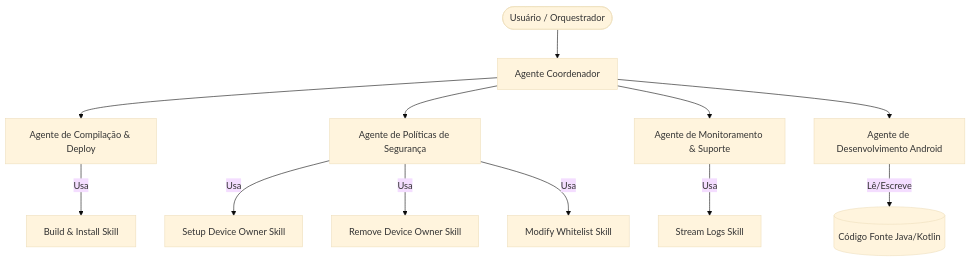
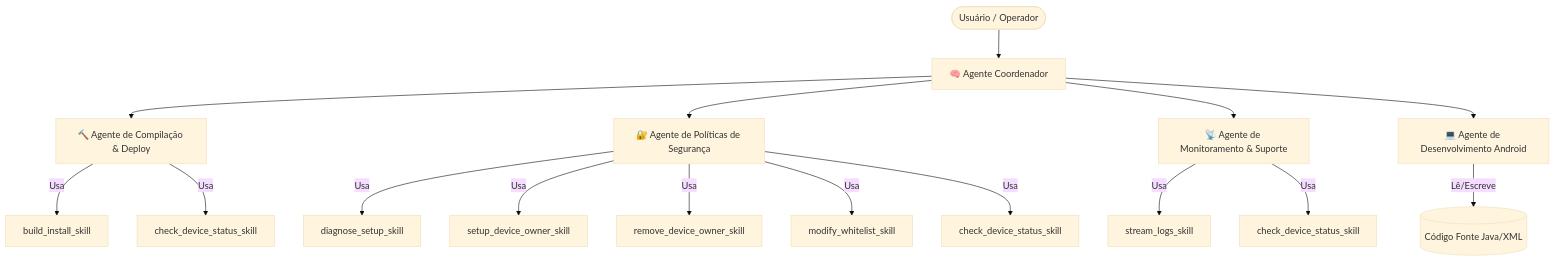
The diagram in agentic_system/README.md (MatheusMioto/ColetorBloqueado), drawn with Mermaid (base theme) before and after one commit. The commit also changed other lines of this file and 24 other files, not shown here.

````diff
--- a/agentic_system/README.md
+++ b/agentic_system/README.md
@@ -11,16 +11,23 @@
 ```mermaid
 graph TD
-    User([Usuário / Orquestrador]) --> Coordinator[Agente Coordenador]
-    
-    Coordinator --> BuildAgent[Agente de Compilação & Deploy]
-    Coordinator --> PolicyAgent[Agente de Políticas de Segurança]
-    Coordinator --> MonitoringAgent[Agente de Monitoramento & Suporte]
-    Coordinator --> DevAgent[Agente de Desenvolvimento Android]
-    
-    BuildAgent --> |Usa| BuildSkill[Build & Install Skill]
-    PolicyAgent --> |Usa| SetupOwner[Setup Device Owner Skill]
-    PolicyAgent --> |Usa| RemoveOwner[Remove Device Owner Skill]
-    PolicyAgent --> |Usa| WhitelistSkill[Modify Whitelist Skill]
-    MonitoringAgent --> |Usa| LogsSkill[Stream Logs Skill]
-    DevAgent --> |Lê/Escreve| JavaCode[(Código Fonte Java/Kotlin)]
+    User([Usuário / Operador]) --> Coordinator[🧠 Agente Coordenador]
+
+    Coordinator --> BuildAgent[🔨 Agente de Compilação & Deploy]
+    Coordinator --> PolicyAgent[🔐 Agente de Políticas de Segurança]
+    Coordinator --> MonitoringAgent[📡 Agente de Monitoramento & Suporte]
+    Coordinator --> DevAgent[💻 Agente de Desenvolvimento Android]
+
+    BuildAgent --> |Usa| BuildSkill[build_install_skill]
+    BuildAgent --> |Usa| StatusSkill1[check_device_status_skill]
+
+    PolicyAgent --> |Usa| DiagnoseSkill[diagnose_setup_skill]
+    PolicyAgent --> |Usa| SetupOwner[setup_device_owner_skill]
+    PolicyAgent --> |Usa| RemoveOwner[remove_device_owner_skill]
+    PolicyAgent --> |Usa| WhitelistSkill[modify_whitelist_skill]
+    PolicyAgent --> |Usa| StatusSkill2[check_device_status_skill]
+
+    MonitoringAgent --> |Usa| LogsSkill[stream_logs_skill]
+    MonitoringAgent --> |Usa| StatusSkill3[check_device_status_skill]
+
+    DevAgent --> |Lê/Escreve| JavaCode[(Código Fonte Java/XML)]
 ```
````
